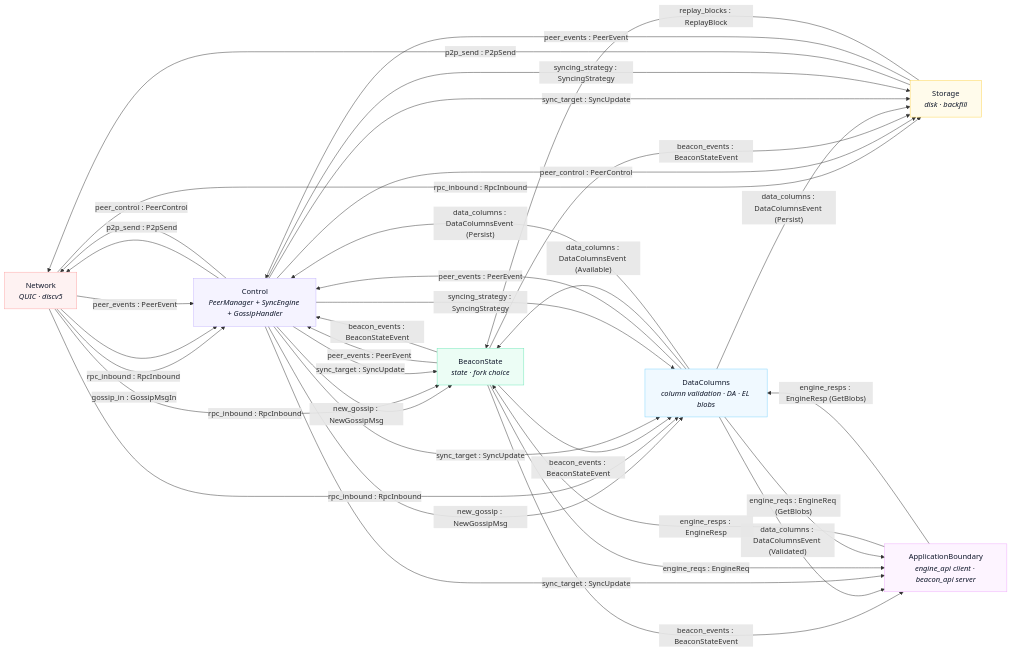
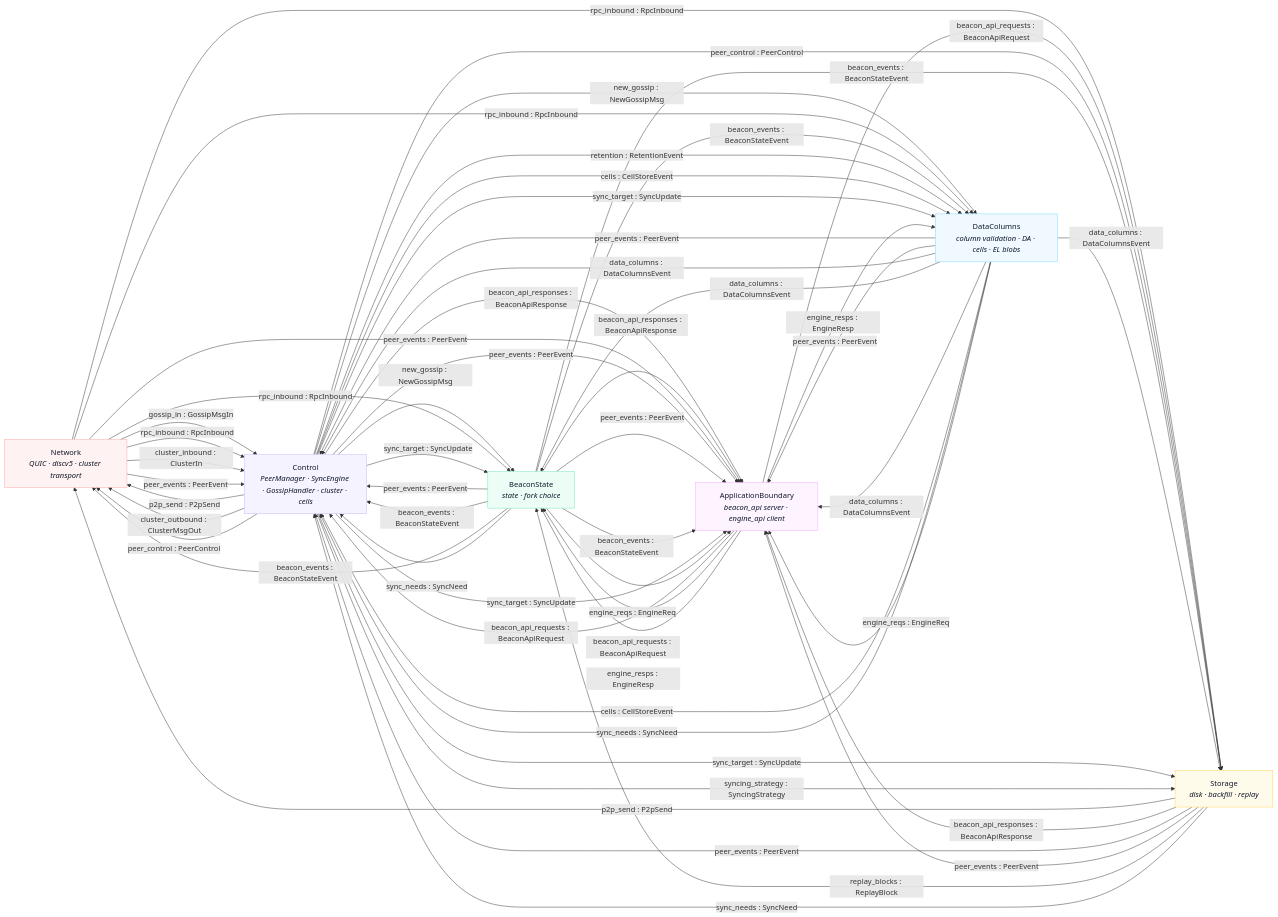
One commit to gattaca-com/silver changed the diagram in docs/spine-message-flow.md. Above: the diagram before and after it, drawn with Mermaid. The commit also changed other lines of this file and 39 other files, not shown here.

````diff
--- a/docs/spine-message-flow.md
+++ b/docs/spine-message-flow.md
@@ -15,11 +20,11 @@
 ```mermaid
 flowchart LR
-  NET["Network<br/><i>QUIC · discv5</i>"]
-  CTL["Control<br/><i>PeerManager + SyncEngine + GossipHandler</i>"]
+  NET["Network<br/><i>QUIC · discv5 · cluster transport</i>"]
+  CTL["Control<br/><i>PeerManager · SyncEngine · GossipHandler · cluster · cells</i>"]
   BS["BeaconState<br/><i>state · fork choice</i>"]
-  ST["Storage<br/><i>disk · backfill</i>"]
-  EN["ApplicationBoundary<br/><i>engine_api client · beacon_api server</i>"]
-  DC["DataColumns<br/><i>column validation · DA · EL blobs</i>"]
+  ST["Storage<br/><i>disk · backfill · replay</i>"]
+  AB["ApplicationBoundary<br/><i>beacon_api server · engine_api client</i>"]
+  DC["DataColumns<br/><i>column validation · DA · cells · EL blobs</i>"]
 
   %% ---- inbound ----
   NET -->|gossip_in : GossipMsgIn| CTL
@@ -27,51 +32,76 @@
   CTL -->|new_gossip : NewGossipMsg| DC
   NET -->|rpc_inbound : RpcInbound| CTL
   NET -->|rpc_inbound : RpcInbound| BS
+  NET -->|rpc_inbound : RpcInbound| DC
   NET -->|rpc_inbound : RpcInbound| ST
-  NET -->|rpc_inbound : RpcInbound| DC
 
   %% ---- outbound ----
   CTL -->|p2p_send : P2pSend| NET
-  ST  -->|p2p_send : P2pSend| NET
+  ST -->|p2p_send : P2pSend| NET
+
+  %% ---- attestation cluster ----
+  NET -->|cluster_inbound : ClusterIn| CTL
+  CTL -->|cluster_outbound : ClusterMsgOut| NET
+
+  %% ---- beacon API ----
+  AB -->|beacon_api_requests : BeaconApiRequest| CTL
+  AB -->|beacon_api_requests : BeaconApiRequest| BS
+  AB -->|beacon_api_requests : BeaconApiRequest| ST
+  CTL -->|beacon_api_responses : BeaconApiResponse| AB
+  BS -->|beacon_api_responses : BeaconApiResponse| AB
+  ST -->|beacon_api_responses : BeaconApiResponse| AB
 
   %% ---- peer management ----
   NET -->|peer_events : PeerEvent| CTL
-  ST  -->|peer_events : PeerEvent| CTL
-  BS  -->|peer_events : PeerEvent| CTL
-  DC  -->|peer_events : PeerEvent| CTL
+  NET -->|peer_events : PeerEvent| AB
+  CTL -->|peer_events : PeerEvent| AB
+  BS -->|peer_events : PeerEvent| CTL
+  BS -->|peer_events : PeerEvent| AB
+  DC -->|peer_events : PeerEvent| CTL
+  DC -->|peer_events : PeerEvent| AB
+  ST -->|peer_events : PeerEvent| CTL
+  ST -->|peer_events : PeerEvent| AB
   CTL -->|peer_control : PeerControl| NET
   CTL -->|peer_control : PeerControl| ST
 
   %% ---- chain state & DA ----
   BS -->|beacon_events : BeaconStateEvent| CTL
+  BS -->|beacon_events : BeaconStateEvent| NET
   BS -->|beacon_events : BeaconStateEvent| ST
   BS -->|beacon_events : BeaconStateEvent| DC
-  BS -->|beacon_events : BeaconStateEvent| EN
-  DC -->|"data_columns : DataColumnsEvent (Available)"| BS
-  DC -->|"data_columns : DataColumnsEvent (Persist)"| ST
-  DC -->|"data_columns : DataColumnsEvent (Persist)"| CTL
-  DC -->|"data_columns : DataColumnsEvent (Validated)"| EN
+  BS -->|beacon_events : BeaconStateEvent| AB
+  DC -->|data_columns : DataColumnsEvent| CTL
+  DC -->|data_columns : DataColumnsEvent| BS
+  DC -->|data_columns : DataColumnsEvent| ST
+  DC -->|data_columns : DataColumnsEvent| AB
   ST -->|replay_blocks : ReplayBlock| BS
+
+  %% ---- cell store ----
+  CTL -->|retention : RetentionEvent| DC
+  CTL -->|cells : CellStoreEvent| DC
+  DC -->|cells : CellStoreEvent| CTL
 
   %% ---- sync control ----
   CTL -->|sync_target : SyncUpdate| BS
+  CTL -->|sync_target : SyncUpdate| DC
   CTL -->|sync_target : SyncUpdate| ST
-  CTL -->|sync_target : SyncUpdate| DC
-  CTL -->|sync_target : SyncUpdate| EN
+  CTL -->|sync_target : SyncUpdate| AB
+  BS -->|sync_needs : SyncNeed| CTL
+  DC -->|sync_needs : SyncNeed| CTL
+  ST -->|sync_needs : SyncNeed| CTL
   CTL -->|syncing_strategy : SyncingStrategy| ST
-  CTL -->|syncing_strategy : SyncingStrategy| DC
 
   %% ---- engine / EL ----
-  BS -->|engine_reqs : EngineReq| EN
-  DC -->|"engine_reqs : EngineReq (GetBlobs)"| EN
-  EN -->|engine_resps : EngineResp| BS
-  EN -->|"engine_resps : EngineResp (GetBlobs)"| DC
+  BS -->|engine_reqs : EngineReq| AB
+  DC -->|engine_reqs : EngineReq| AB
+  AB -->|engine_resps : EngineResp| BS
+  AB -->|engine_resps : EngineResp| DC
 
   classDef net fill:#fef2f2,stroke:#fca5a5,color:#0f172a;
   classDef ctl fill:#f5f3ff,stroke:#c4b5fd,color:#0f172a;
   classDef bs  fill:#ecfdf5,stroke:#6ee7b7,color:#0f172a;
   classDef st  fill:#fffbeb,stroke:#fcd34d,color:#0f172a;
-  classDef en  fill:#fdf4ff,stroke:#f0abfc,color:#0f172a;
+  classDef ab  fill:#fdf4ff,stroke:#f0abfc,color:#0f172a;
   classDef dc  fill:#f0f9ff,stroke:#7dd3fc,color:#0f172a;
-  class NET net; class CTL ctl; class BS bs; class ST st; class EN en; class DC dc;
+  class NET net; class CTL ctl; class BS bs; class ST st; class AB ab; class DC dc;
 ```
````
